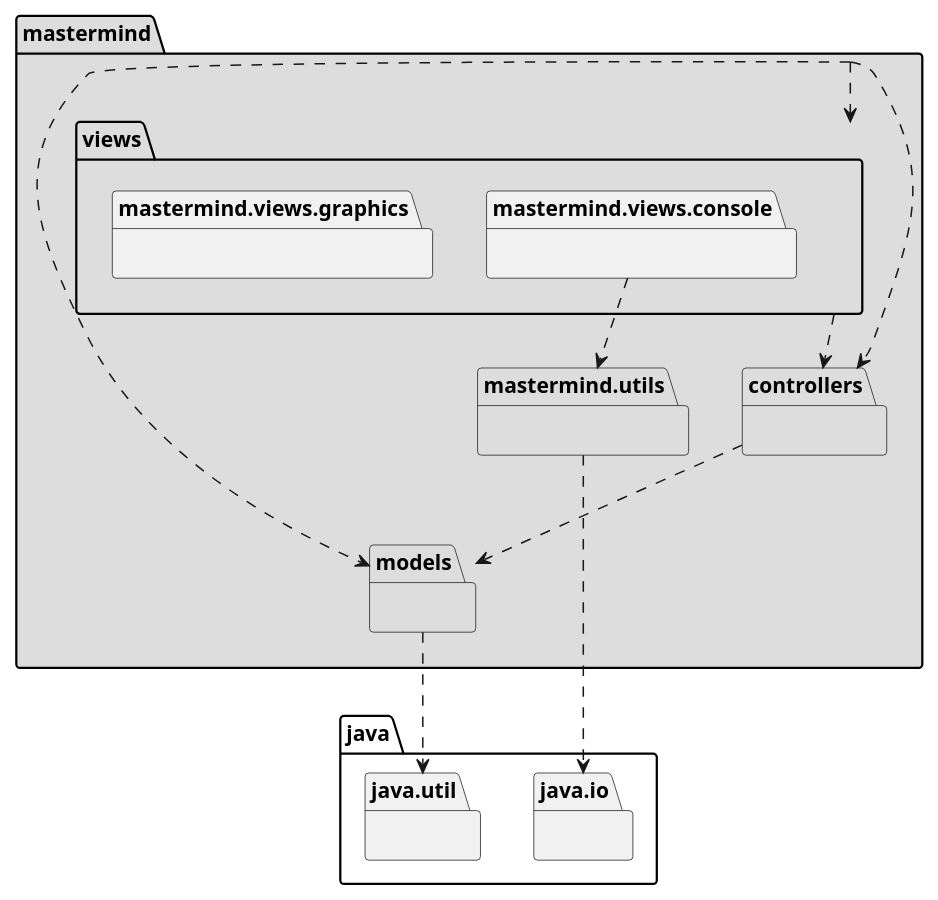
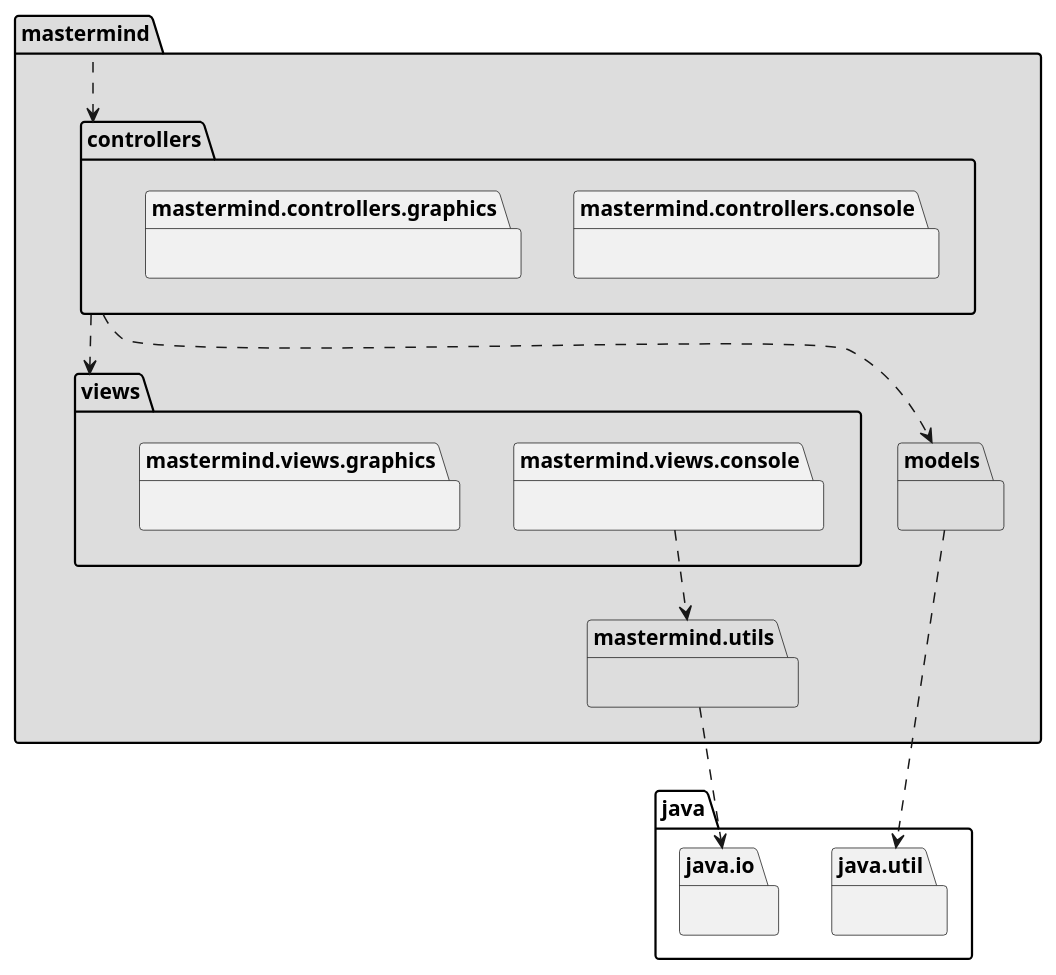
One commit to amartinm82/mastermind changed the first of 3 diagrams in docs/src/docs/asciidoc/index.adoc. Above: the diagram before and after it, drawn with PlantUML. The commit also changed other lines of this file and 8 other files, not shown here.

```diff
--- a/docs/src/docs/asciidoc/index.adoc
+++ b/docs/src/docs/asciidoc/index.adoc
@@ -35,27 +35,28 @@
 [plantuml,version2Arquitectura,svg]
 ....
 
 package mastermind #DDDDDD { } 
 mastermind .down.> mastermind.controllers
-mastermind .down.> mastermind.models
-mastermind .down.> mastermind.views
 
-package mastermind.controllers #DDDDDD { }
+package mastermind.controllers #DDDDDD {
+    package mastermind.controllers.console {}
+    package mastermind.controllers.graphics {}
+}
 mastermind.controllers .down.> mastermind.models
+mastermind.controllers .down.> mastermind.views
 
 package mastermind.models #DDDDDD { } 
 package java.util{ }
 mastermind.models .down.> java.util
 
 package mastermind.utils #DDDDDD { } 
 package java.io{ }
 mastermind.utils .down.> java.io
 
 package mastermind.views #DDDDDD {
     package mastermind.views.console {}
     package mastermind.views.graphics {}
 }
-mastermind.views .down.> mastermind.controllers
 mastermind.views.console .down.> mastermind.utils
 
 ....
```
